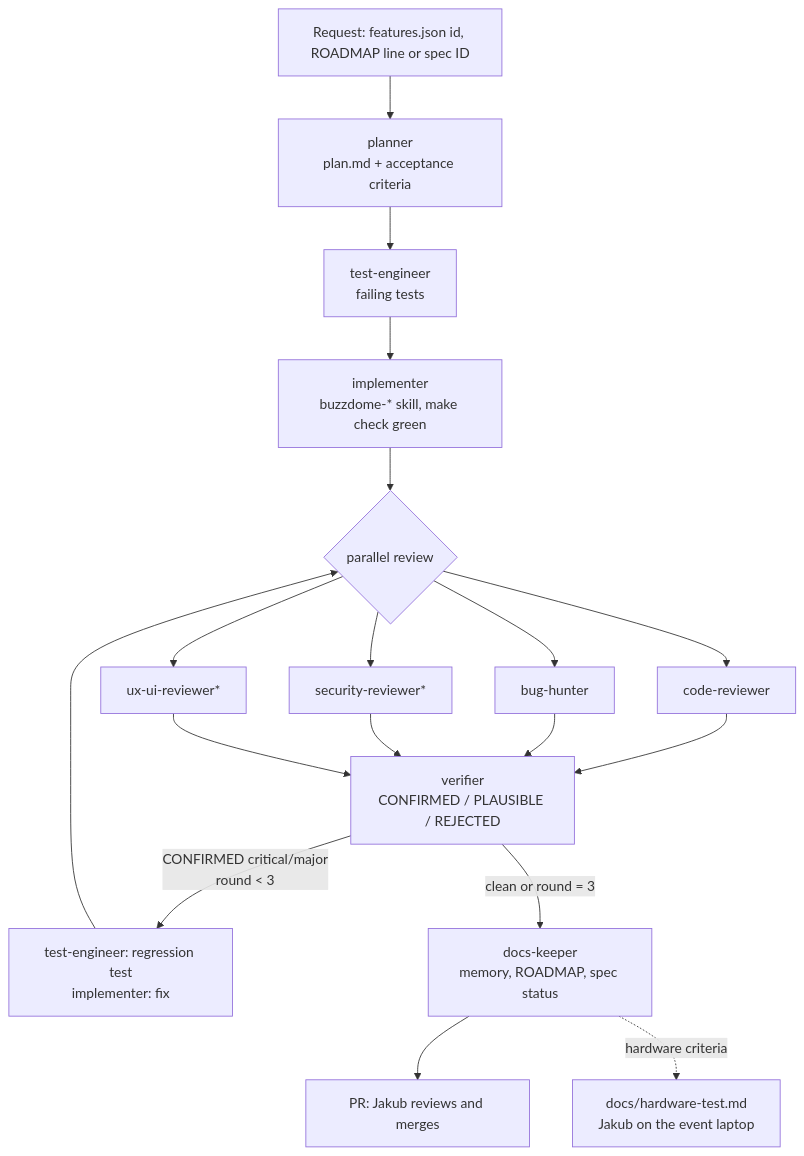
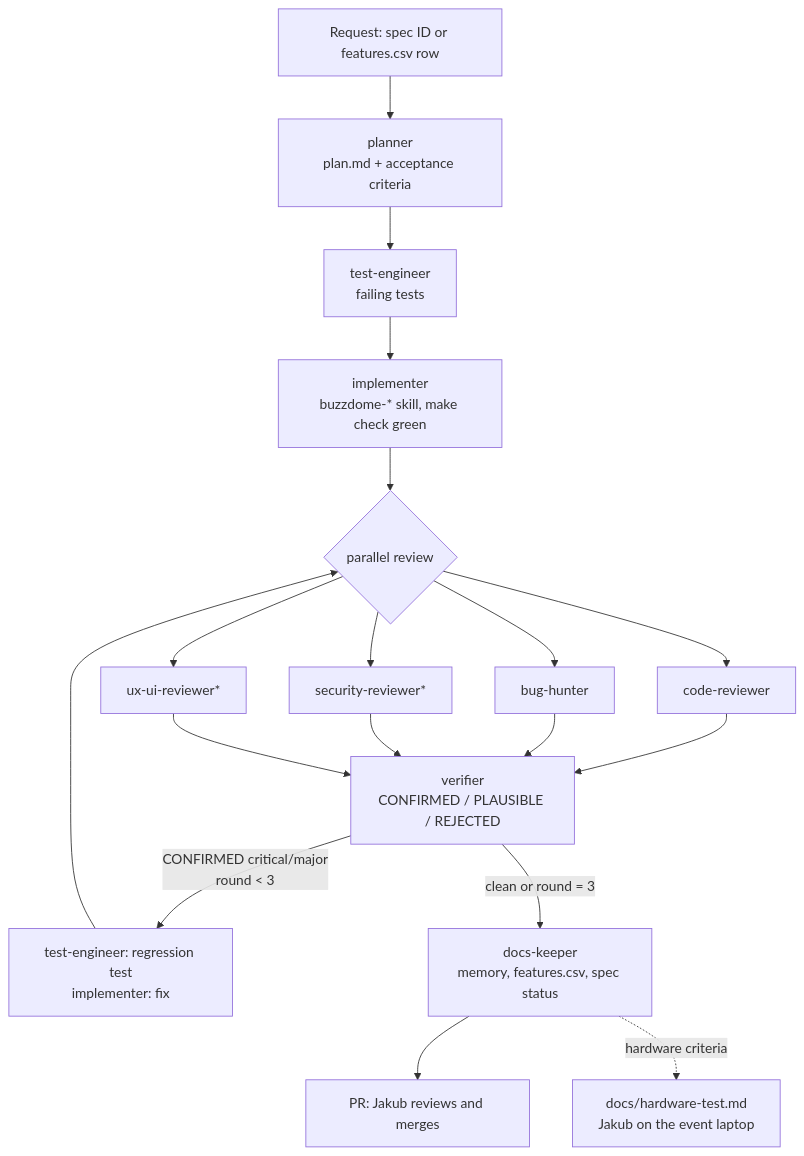
Before and after one commit to jakubkodajek/Buzzdome: the diagram in docs/agent-workflow.md, drawn with Mermaid. The commit also changed other lines of this file and 28 other files, not shown here.

First line of the commit message:
docs: agents merge and raise the version only with Jakub's consent; drop the roadmap copies (BF137, BF141)

````diff
--- a/docs/agent-workflow.md
+++ b/docs/agent-workflow.md
@@ -61,17 +62,17 @@
 ```mermaid
 flowchart TD
-    U[Request: features.json id, ROADMAP line or spec ID] --> P[planner<br/>plan.md + acceptance criteria]
+    U[Request: spec ID or features.csv row] --> P[planner<br/>plan.md + acceptance criteria]
     P --> T[test-engineer<br/>failing tests]
     T --> I[implementer<br/>buzzdome-* skill, make check green]
     I --> R{parallel review}
     R --> CR[code-reviewer]
     R --> BH[bug-hunter]
     R --> SR[security-reviewer*]
     R --> UX[ux-ui-reviewer*]
     CR & BH & SR & UX --> V[verifier<br/>CONFIRMED / PLAUSIBLE / REJECTED]
     V -->|CONFIRMED critical/major<br/>round < 3| F[test-engineer: regression test<br/>implementer: fix]
     F --> R
-    V -->|clean or round = 3| D[docs-keeper<br/>memory, ROADMAP, spec status]
+    V -->|clean or round = 3| D[docs-keeper<br/>memory, features.csv, spec status]
     D --> PR[PR: Jakub reviews and merges]
     D -.->|hardware criteria| H[docs/hardware-test.md<br/>Jakub on the event laptop]
 ```
````
